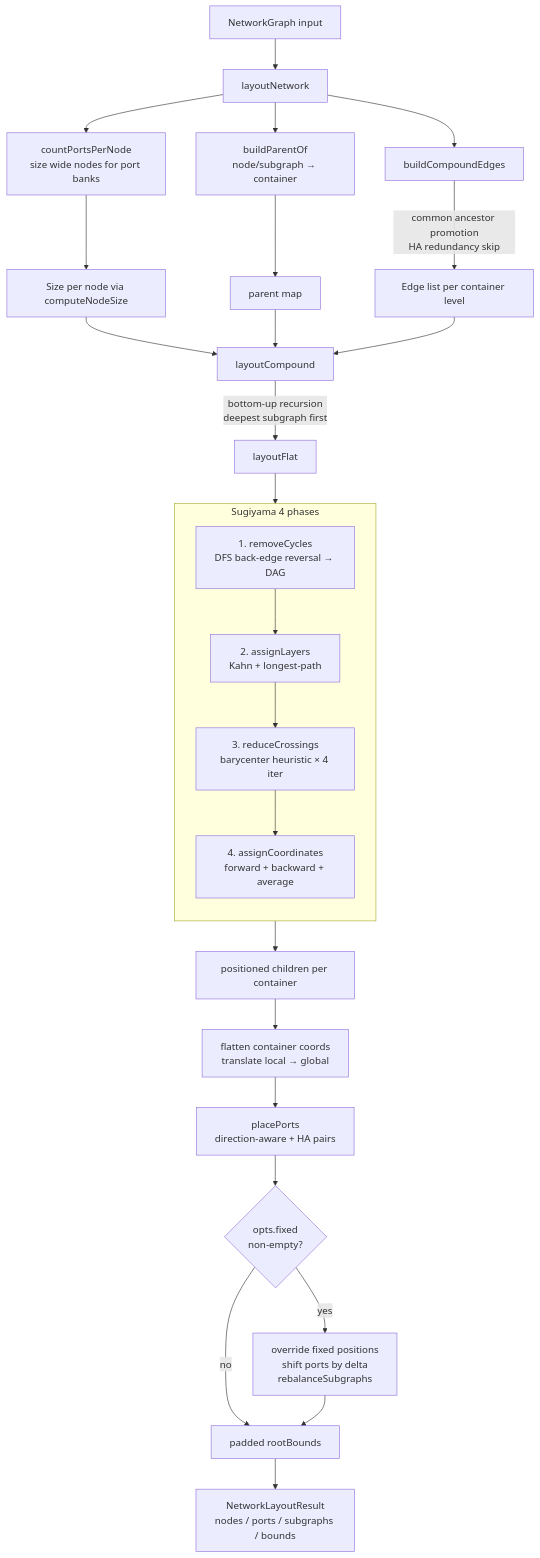
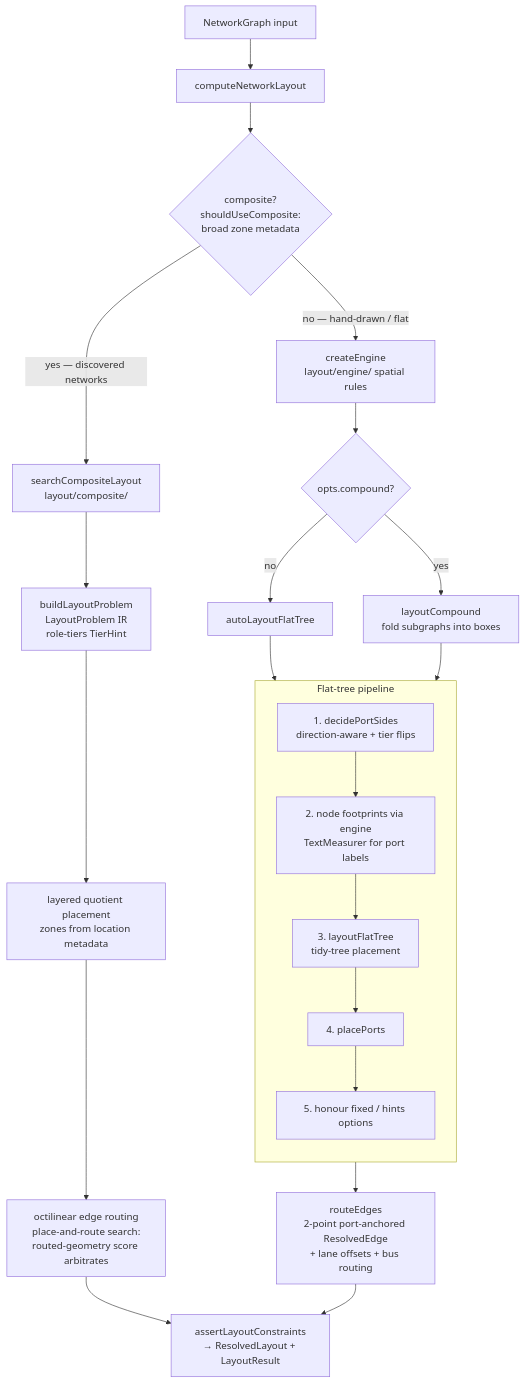
The third of 12 diagrams in docs/ARCHITECTURE.md (konoe-akitoshi/shumoku), drawn with Mermaid before and after one commit. The commit also changed other lines of this file and 66 other files, not shown here.

First line of the commit message:
feat(docs): collect per-app public docs into the site at build time (#542)

````diff
--- a/docs/ARCHITECTURE.md
+++ b/docs/ARCHITECTURE.md
@@ -146,38 +151,32 @@
 ```mermaid
 flowchart TD
-  IN[NetworkGraph input] --> LN[layoutNetwork]
+  IN[NetworkGraph input] --> CNL[computeNetworkLayout]
 
-  LN --> CP[countPortsPerNode<br/>size wide nodes for port banks]
-  LN --> BPO[buildParentOf<br/>node/subgraph → container]
-  LN --> BCE[buildCompoundEdges]
+  CNL --> DISP{composite?<br/>shouldUseComposite:<br/>broad zone metadata}
 
-  BCE -->|common ancestor promotion<br/>HA redundancy skip| EDG[Edge list per container level]
+  DISP -->|yes — discovered networks| SCL[searchCompositeLayout<br/>layout/composite/]
+  SCL --> LPI[buildLayoutProblem<br/>LayoutProblem IR<br/>role-tiers TierHint]
+  LPI --> PLC[layered quotient placement<br/>zones from location metadata]
+  PLC --> OCT[octilinear edge routing<br/>place-and-route search:<br/>routed-geometry score arbitrates]
+  OCT --> RES
 
-  CP --> SZ[Size per node via computeNodeSize]
-  BPO --> PAR[parent map]
-  SZ --> LC
-  PAR --> LC
-  EDG --> LC
+  DISP -->|no — hand-drawn / flat| ENG[createEngine<br/>layout/engine/ spatial rules]
+  ENG --> FT{opts.compound?}
+  FT -->|yes| LC[layoutCompound<br/>fold subgraphs into boxes]
+  FT -->|no| ALF[autoLayoutFlatTree]
 
-  LC[layoutCompound]
-  LC -->|bottom-up recursion<br/>deepest subgraph first| LF[layoutFlat]
-
-  subgraph SUG[Sugiyama 4 phases]
+  subgraph FLAT[Flat-tree pipeline]
     direction TB
-    P1["1. removeCycles<br/>DFS back-edge reversal → DAG"]
-    P2["2. assignLayers<br/>Kahn + longest-path"]
-    P3["3. reduceCrossings<br/>barycenter heuristic × 4 iter"]
-    P4["4. assignCoordinates<br/>forward + backward + average"]
-    P1 --> P2 --> P3 --> P4
+    S1["1. decidePortSides<br/>direction-aware + tier flips"]
+    S2["2. node footprints via engine<br/>TextMeasurer for port labels"]
+    S3["3. layoutFlatTree<br/>tidy-tree placement"]
+    S4["4. placePorts"]
+    S5["5. honour fixed / hints options"]
+    S1 --> S2 --> S3 --> S4 --> S5
   end
 
-  LF --> SUG
-  SUG --> POS[positioned children per container]
-  POS --> FLT[flatten container coords<br/>translate local → global]
-  FLT --> PPO[placePorts<br/>direction-aware + HA pairs]
-  PPO --> FIX{opts.fixed<br/>non-empty?}
-  FIX -->|yes| OV[override fixed positions<br/>shift ports by delta<br/>rebalanceSubgraphs]
-  FIX -->|no| BND[padded rootBounds]
-  OV --> BND
-  BND --> RES[NetworkLayoutResult<br/>nodes / ports / subgraphs / bounds]
+  ALF --> FLAT
+  LC --> FLAT
+  FLAT --> RTE[routeEdges<br/>2-point port-anchored ResolvedEdge<br/>+ lane offsets + bus routing]
+  RTE --> RES[assertLayoutConstraints<br/>→ ResolvedLayout + LayoutResult]
 ```
````
